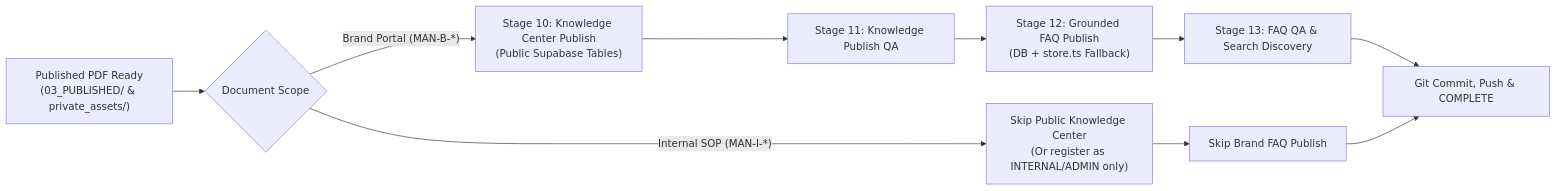
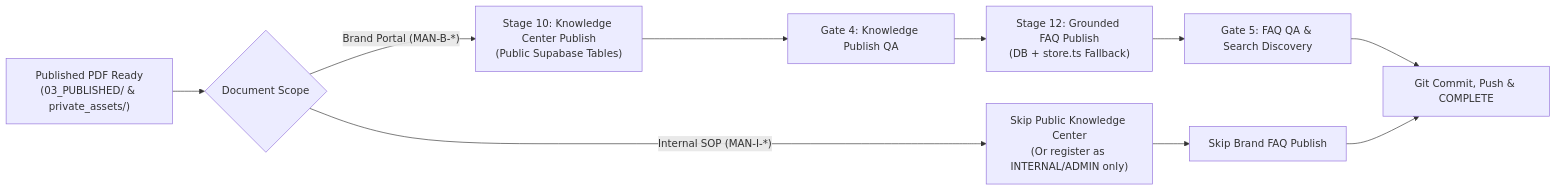
One commit to chaehahm-Kr/KBGP-Portal changed the third of 3 diagrams in Manuals/MAN-I-DOC-001_Manual-SOP/01_SOURCE/MAN-I-DOC-001_Workflow_Map.md. Above: the diagram before and after it, drawn with Mermaid. The commit also changed other lines of this file and 2 other files, not shown here.

Commit message:
docs(manuals): MAN-I-DOC-001-SRC-QA-001 canonical source QA and strict gate alignments

````diff
--- a/Manuals/MAN-I-DOC-001_Manual-SOP/01_SOURCE/MAN-I-DOC-001_Workflow_Map.md
+++ b/Manuals/MAN-I-DOC-001_Manual-SOP/01_SOURCE/MAN-I-DOC-001_Workflow_Map.md
@@ -213,14 +222,14 @@
 ```mermaid
 flowchart LR
     PDF_PUB["Published PDF Ready\n(03_PUBLISHED/ & private_assets/)"] --> TYPE{"Document Scope"}
     
     TYPE -- "Brand Portal (MAN-B-*)" --> B1["Stage 10: Knowledge Center Publish\n(Public Supabase Tables)"]
-    B1 --> B2["Stage 11: Knowledge Publish QA"]
+    B1 --> B2["Gate 4: Knowledge Publish QA"]
     B2 --> B3["Stage 12: Grounded FAQ Publish\n(DB + store.ts Fallback)"]
-    B3 --> B4["Stage 13: FAQ QA & Search Discovery"]
+    B3 --> B4["Gate 5: FAQ QA & Search Discovery"]
     B4 --> FIN["Git Commit, Push & COMPLETE"]
 
     TYPE -- "Internal SOP (MAN-I-*)" --> I1["Skip Public Knowledge Center\n(Or register as INTERNAL/ADMIN only)"]
     I1 --> I2["Skip Brand FAQ Publish"]
     I2 --> FIN
 ```
````
